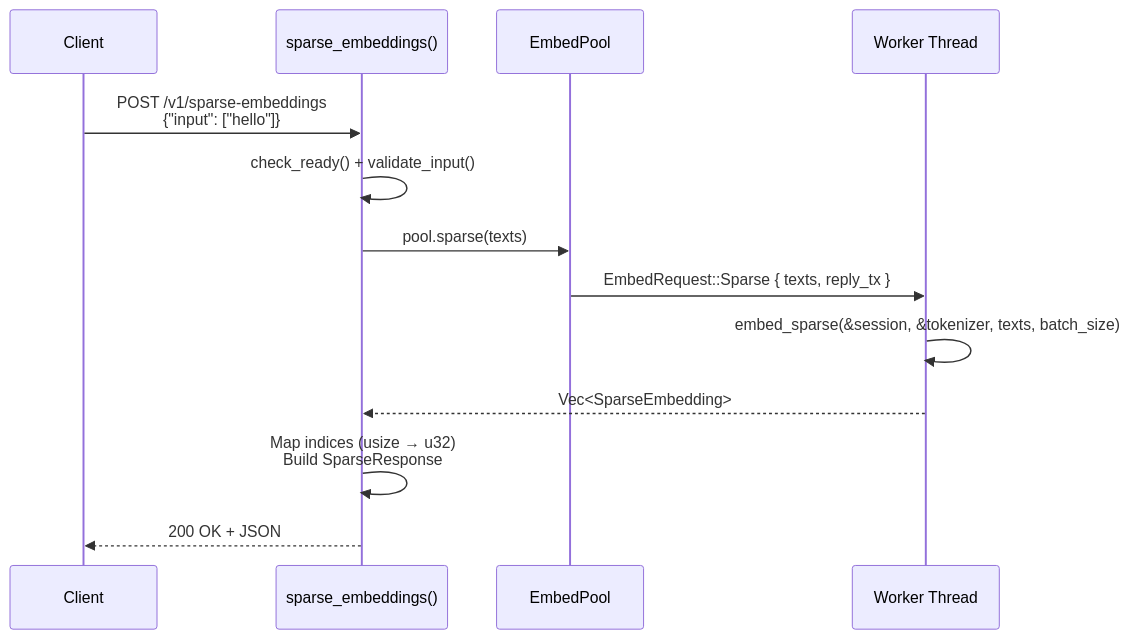
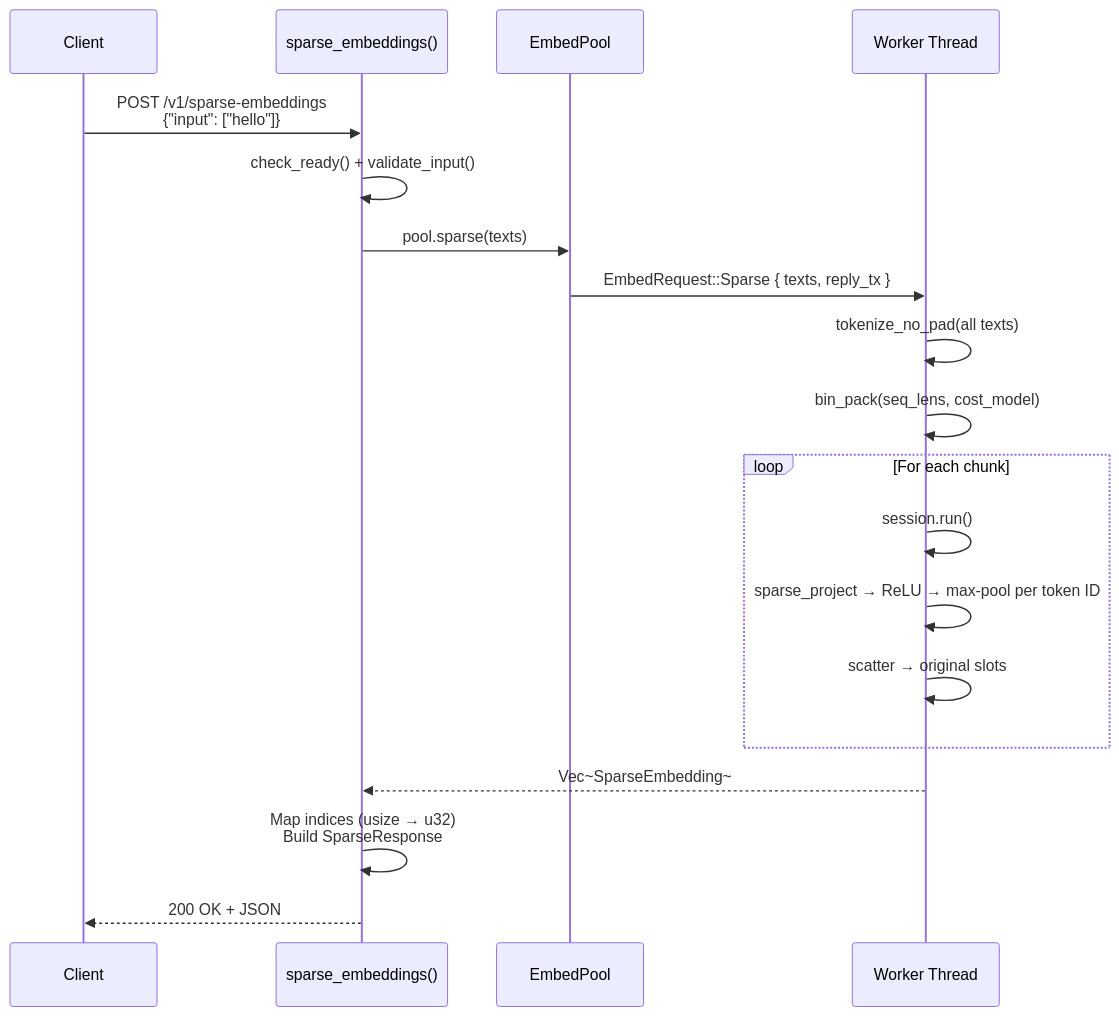
The second of 4 diagrams in docs/request-flow.md (Fulton-Engineering-Services/bge-m3-embedding-server), drawn with Mermaid before and after one commit. The commit also changed other lines of this file and 32 other files, not shown here.

````diff
--- a/docs/request-flow.md
+++ b/docs/request-flow.md
@@ -68,20 +75,26 @@
 ```mermaid
 sequenceDiagram
     participant Client
     participant Handler as sparse_embeddings()
     participant Pool as EmbedPool
     participant Worker as Worker Thread
 
     Client->>Handler: POST /v1/sparse-embeddings<br/>{"input": ["hello"]}
 
     Handler->>Handler: check_ready() + validate_input()
 
     Handler->>Pool: pool.sparse(texts)
     Pool->>Worker: EmbedRequest::Sparse { texts, reply_tx }
 
-    Worker->>Worker: embed_sparse(&session, &tokenizer, texts, batch_size)
-    Worker-->>Handler: Vec<SparseEmbedding>
+    Worker->>Worker: tokenize_no_pad(all texts)
+    Worker->>Worker: bin_pack(seq_lens, cost_model)
+    loop For each chunk
+        Worker->>Worker: session.run()
+        Worker->>Worker: sparse_project → ReLU → max-pool per token ID
+        Worker->>Worker: scatter → original slots
+    end
+    Worker-->>Handler: Vec~SparseEmbedding~
 
     Handler->>Handler: Map indices (usize → u32)<br/>Build SparseResponse
     Handler-->>Client: 200 OK + JSON
 ```
````
